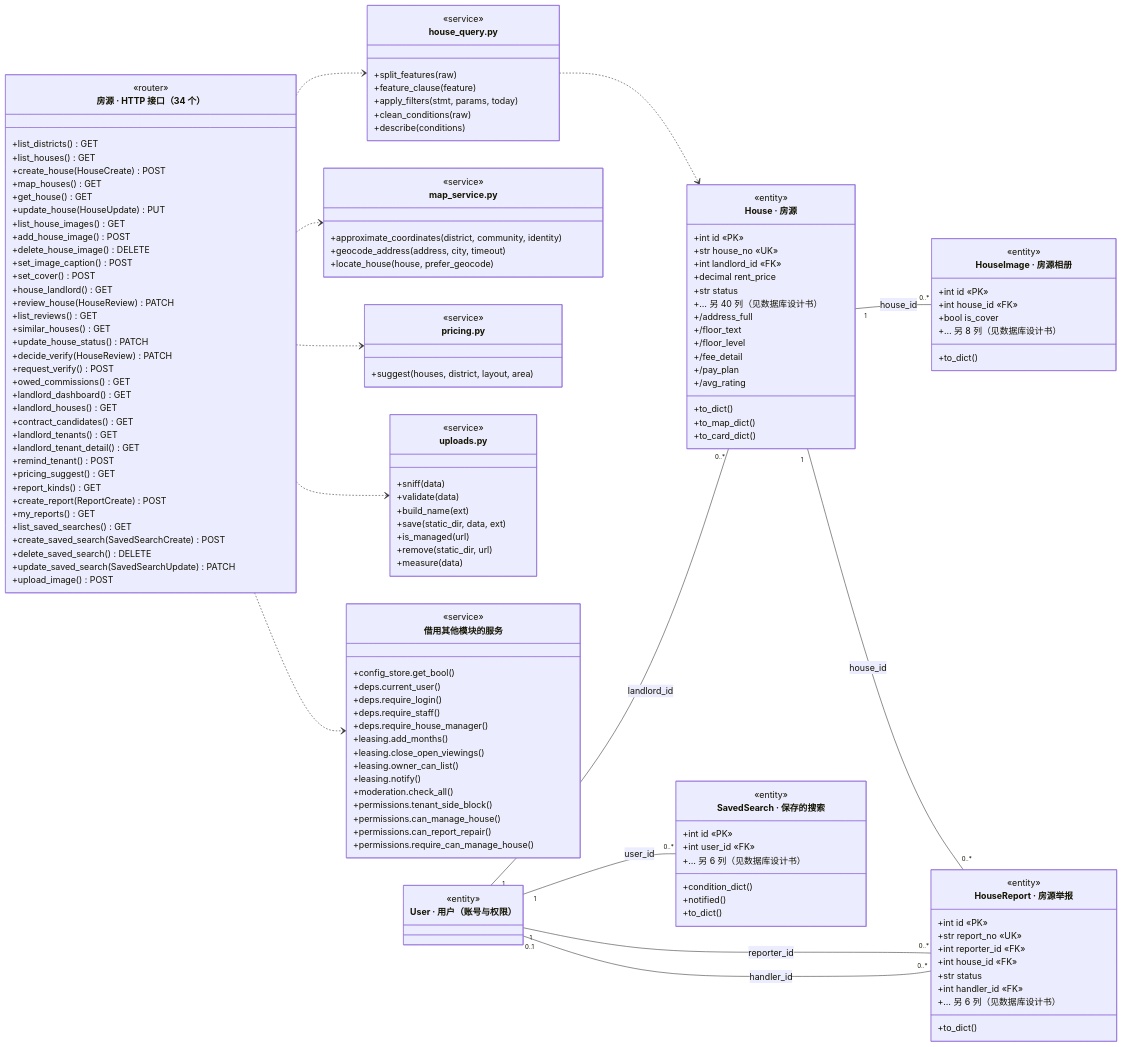
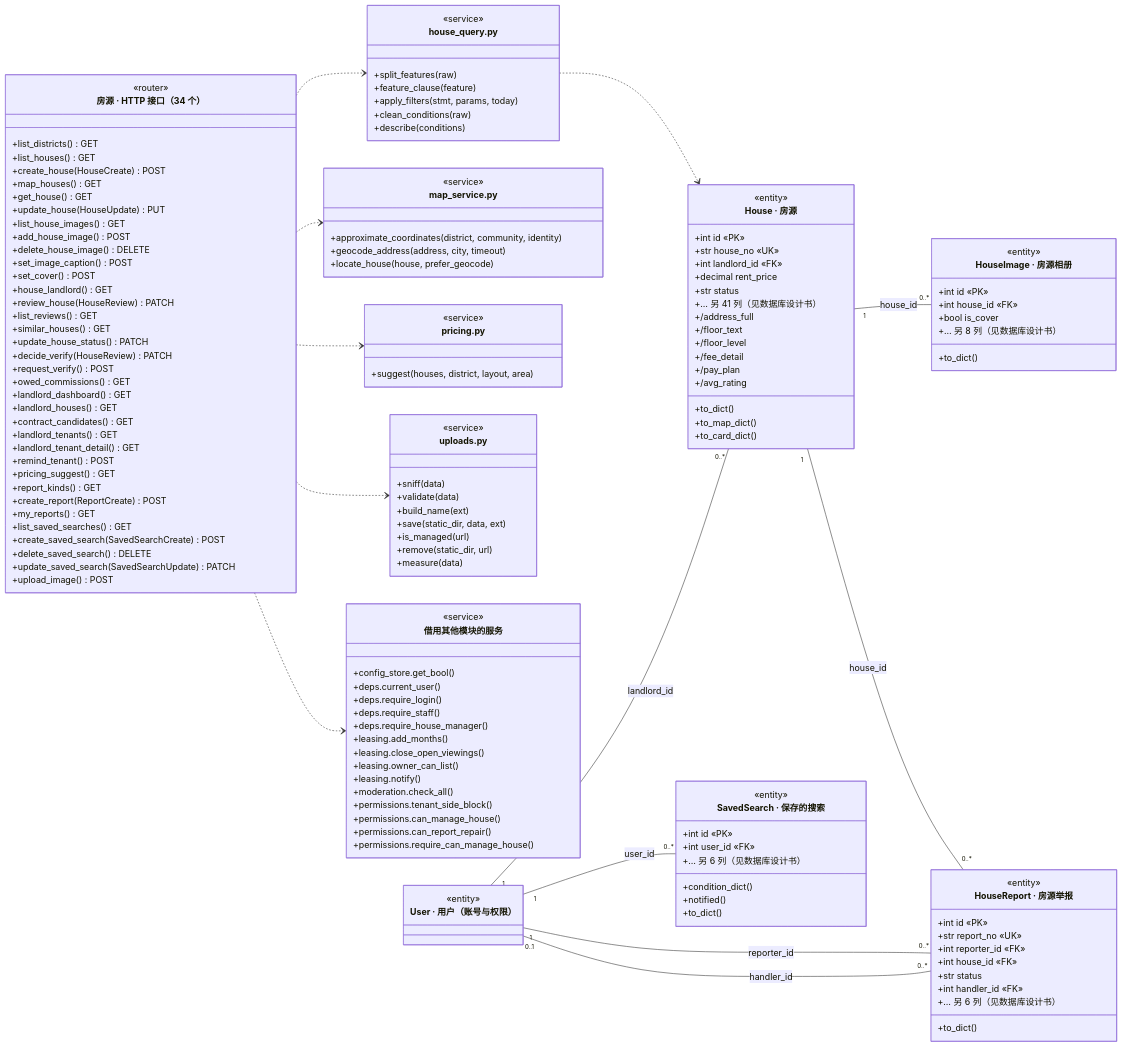
The diagram in docs/图/class_house.mmd (A107586/ai-house-rental), drawn with Mermaid before and after one commit. The commit also changed 28 other files, not shown here.

```diff
--- a/docs/图/class_house.mmd
+++ b/docs/图/class_house.mmd
@@ -1,144 +1,144 @@
 classDiagram
     direction LR
     class Api["房源 · HTTP 接口（34 个）"] {
         <<router>>
         +list_districts() GET
         +list_houses() GET
         +create_house(HouseCreate) POST
         +map_houses() GET
         +get_house() GET
         +update_house(HouseUpdate) PUT
         +list_house_images() GET
         +add_house_image() POST
         +delete_house_image() DELETE
         +set_image_caption() POST
         +set_cover() POST
         +house_landlord() GET
         +review_house(HouseReview) PATCH
         +list_reviews() GET
         +similar_houses() GET
         +update_house_status() PATCH
         +decide_verify(HouseReview) PATCH
         +request_verify() POST
         +owed_commissions() GET
         +landlord_dashboard() GET
         +landlord_houses() GET
         +contract_candidates() GET
         +landlord_tenants() GET
         +landlord_tenant_detail() GET
         +remind_tenant() POST
         +pricing_suggest() GET
         +report_kinds() GET
         +create_report(ReportCreate) POST
         +my_reports() GET
         +list_saved_searches() GET
         +create_saved_search(SavedSearchCreate) POST
         +delete_saved_search() DELETE
         +update_saved_search(SavedSearchUpdate) PATCH
         +upload_image() POST
     }
     class m_house_query["house_query.py"] {
         <<service>>
         +split_features(raw)
         +feature_clause(feature)
         +apply_filters(stmt, params, today)
         +clean_conditions(raw)
         +describe(conditions)
     }
     Api ..> m_house_query
     class m_map_service["map_service.py"] {
         <<service>>
         +approximate_coordinates(district, community, identity)
         +geocode_address(address, city, timeout)
         +locate_house(house, prefer_geocode)
     }
     Api ..> m_map_service
     class m_pricing["pricing.py"] {
         <<service>>
         +suggest(houses, district, layout, area)
     }
     Api ..> m_pricing
     class m_uploads["uploads.py"] {
         <<service>>
         +sniff(data)
         +validate(data)
         +build_name(ext)
         +save(static_dir, data, ext)
         +is_managed(url)
         +remove(static_dir, url)
         +measure(data)
     }
     Api ..> m_uploads
     class m_shared["借用其他模块的服务"] {
         <<service>>
         +config_store.get_bool()
         +deps.current_user()
         +deps.require_login()
         +deps.require_staff()
         +deps.require_house_manager()
         +leasing.add_months()
         +leasing.close_open_viewings()
         +leasing.owner_can_list()
         +leasing.notify()
         +moderation.check_all()
         +permissions.tenant_side_block()
         +permissions.can_manage_house()
         +permissions.can_report_repair()
         +permissions.require_can_manage_house()
     }
     Api ..> m_shared
     class House["House · 房源"] {
         <<entity>>
         +int id «PK»
         +str house_no «UK»
         +int landlord_id «FK»
         +decimal rent_price
         +str status
-        +… 另 40 列（见数据库设计书）
+        +… 另 41 列（见数据库设计书）
         +to_dict()
         +to_map_dict()
         +to_card_dict()
         +/address_full
         +/floor_text
         +/floor_level
         +/fee_detail
         +/pay_plan
         +/avg_rating
     }
     class HouseImage["HouseImage · 房源相册"] {
         <<entity>>
         +int id «PK»
         +int house_id «FK»
         +bool is_cover
         +… 另 8 列（见数据库设计书）
         +to_dict()
     }
     class SavedSearch["SavedSearch · 保存的搜索"] {
         <<entity>>
         +int id «PK»
         +int user_id «FK»
         +… 另 6 列（见数据库设计书）
         +condition_dict()
         +notified()
         +to_dict()
     }
     class HouseReport["HouseReport · 房源举报"] {
         <<entity>>
         +int id «PK»
         +str report_no «UK»
         +int reporter_id «FK»
         +int house_id «FK»
         +str status
         +int handler_id «FK»
         +… 另 6 列（见数据库设计书）
         +to_dict()
     }
     class User["User · 用户（账号与权限）"]
     <<entity>> User
     User "1" -- "0..*" House : landlord_id
     House "1" -- "0..*" HouseImage : house_id
     User "1" -- "0..*" SavedSearch : user_id
     User "1" -- "0..*" HouseReport : reporter_id
     House "1" -- "0..*" HouseReport : house_id
     User "0..1" -- "0..*" HouseReport : handler_id
     m_house_query ..> House
```
